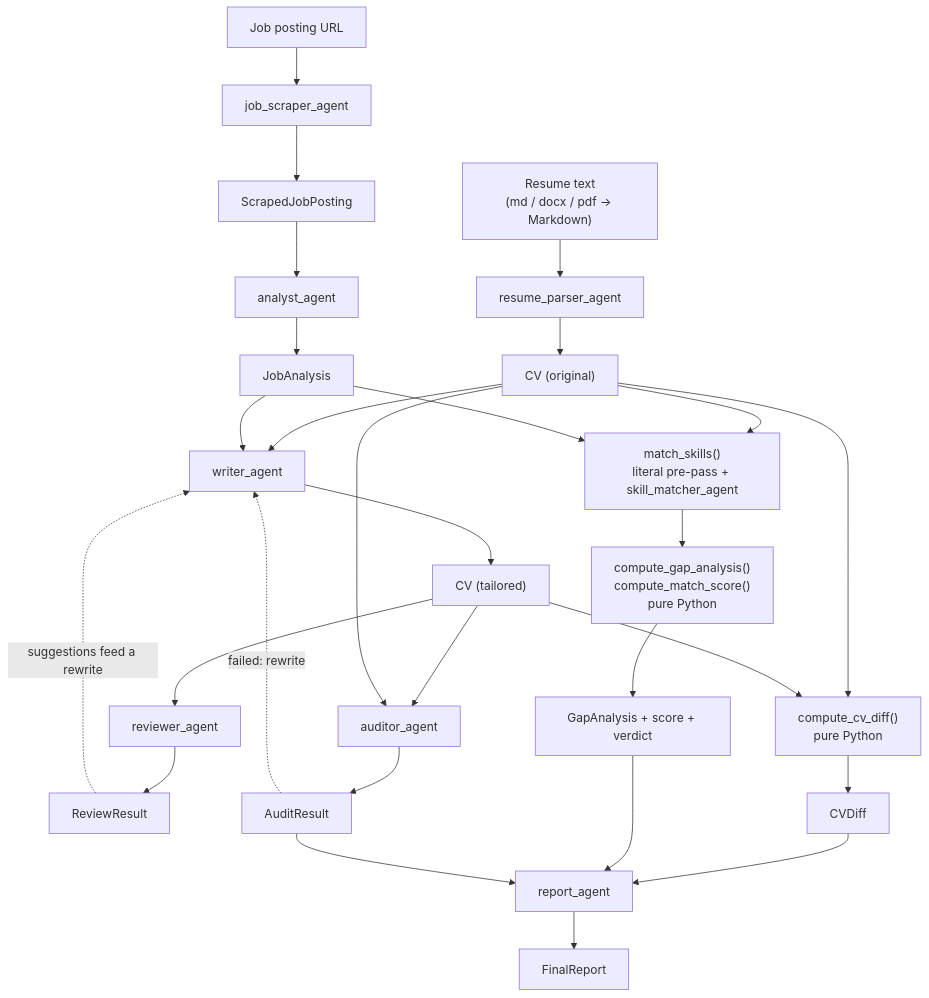
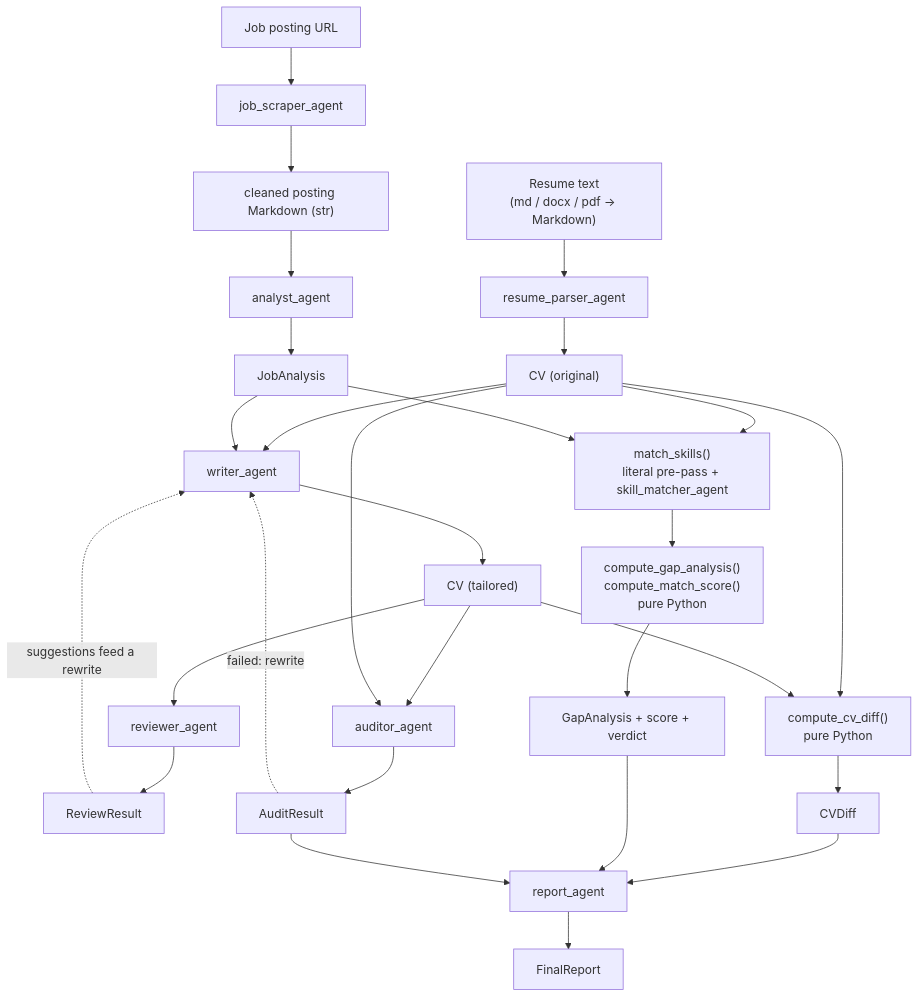
The first of 2 diagrams in docs/agents.md (Tiqni/sira), drawn with Mermaid before and after one commit. The commit also changed other lines of this file and 12 other files, not shown here.

````diff
--- a/docs/agents.md
+++ b/docs/agents.md
@@ -29,32 +28,32 @@
 ```mermaid
 flowchart TD
     RAW["Resume text<br/>(md / docx / pdf -> Markdown)"] --> P["resume_parser_agent"]
     URL["Job posting URL"] --> SC["job_scraper_agent"]
-    SC --> JP["ScrapedJobPosting"]
+    SC --> JP["cleaned posting Markdown (str)"]
     JP --> A["analyst_agent"]
 
     P --> CV0["CV (original)"]
     A --> JA["JobAnalysis"]
 
     CV0 --> W["writer_agent"]
     JA --> W
     W --> CV1["CV (tailored)"]
 
     CV1 --> R["reviewer_agent"] --> RR["ReviewResult"]
     RR -.->|"suggestions feed a rewrite"| W
     CV1 --> AU["auditor_agent"]
     CV0 --> AU
     AU --> AR["AuditResult"]
     AR -.->|"failed: rewrite"| W
 
     CV0 --> D["compute_cv_diff()<br/>pure Python"]
     CV1 --> D --> CVD["CVDiff"]
     CV0 --> M["match_skills()<br/>literal pre-pass + skill_matcher_agent"]
     JA --> M --> G["compute_gap_analysis()<br/>compute_match_score()<br/>pure Python"]
     G --> GA["GapAnalysis + score + verdict"]
 
     CVD --> RP["report_agent"]
     GA --> RP
     AR --> RP
     RP --> FR["FinalReport"]
 ```
````
